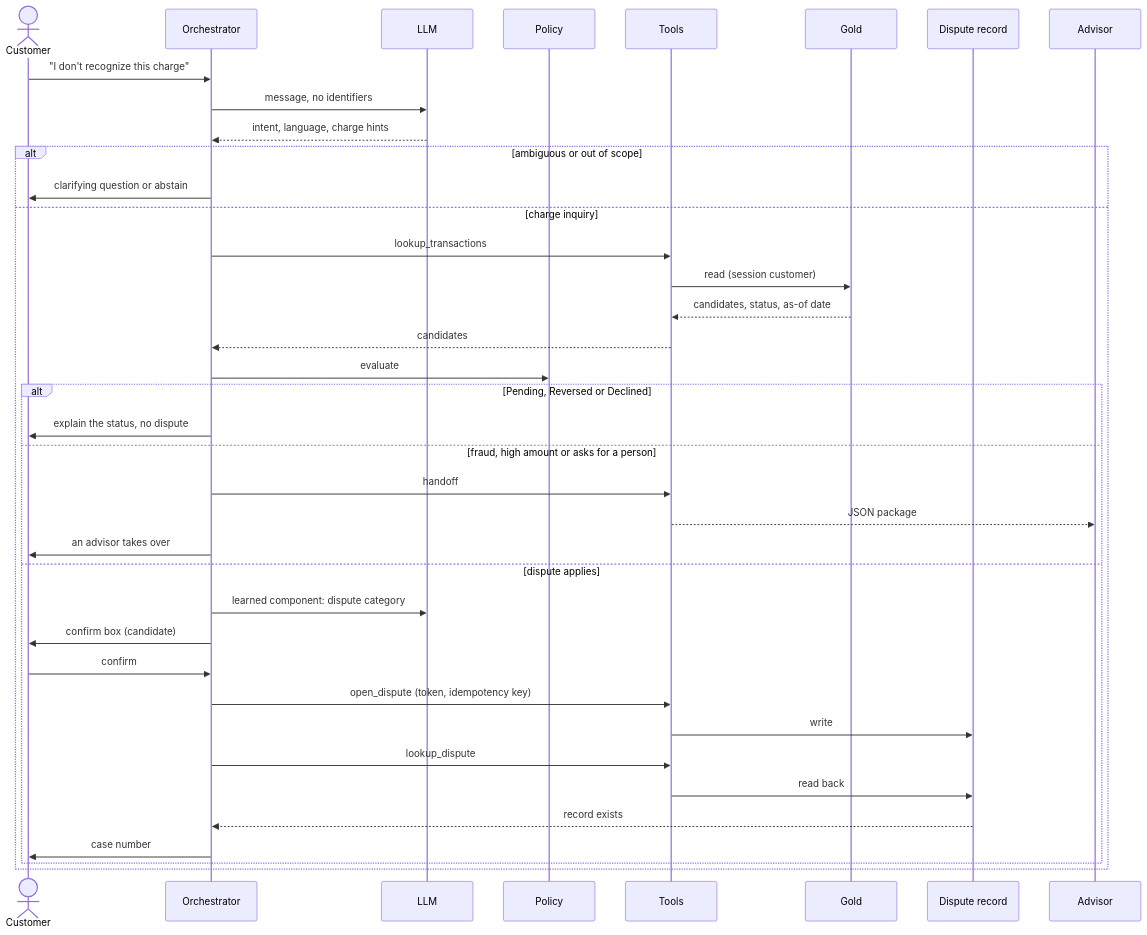
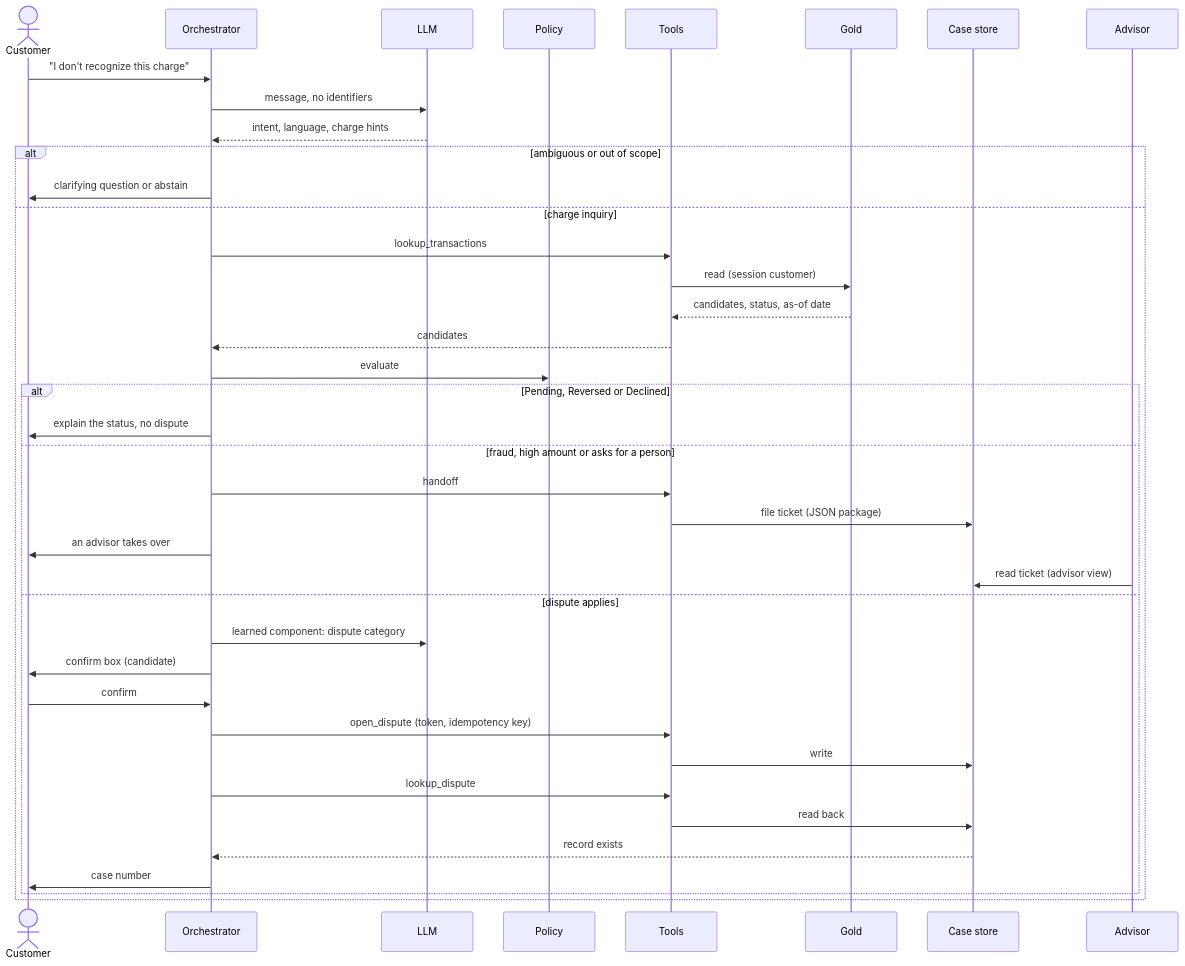
The third of 5 diagrams in docs/architecture/system-architecture.md (rdorta27/factored-hackathon-2026-sentinel-engine), drawn with Mermaid before and after one commit. The commit also changed other lines of this file and 8 other files, not shown here.

First line of the commit message:
docs: refresh requirement status, architecture, readme and team tasks

````diff
--- a/docs/architecture/system-architecture.md
+++ b/docs/architecture/system-architecture.md
@@ -101,41 +107,42 @@
 ```mermaid
 sequenceDiagram
     actor C as Customer
     participant O as Orchestrator
     participant L as LLM
     participant P as Policy
     participant T as Tools
     participant G as Gold
-    participant D as Dispute record
+    participant D as Case store
     participant A as Advisor
 
     C->>O: "I don't recognize this charge"
     O->>L: message, no identifiers
     L-->>O: intent, language, charge hints
     alt ambiguous or out of scope
         O->>C: clarifying question or abstain
     else charge inquiry
         O->>T: lookup_transactions
         T->>G: read (session customer)
         G-->>T: candidates, status, as-of date
         T-->>O: candidates
         O->>P: evaluate
         alt Pending, Reversed or Declined
             O->>C: explain the status, no dispute
         else fraud, high amount or asks for a person
             O->>T: handoff
-            T-->>A: JSON package
+            T->>D: file ticket (JSON package)
             O->>C: an advisor takes over
+            A->>D: read ticket (advisor view)
         else dispute applies
             O->>L: learned component: dispute category
             O->>C: confirm box (candidate)
             C->>O: confirm
             O->>T: open_dispute (token, idempotency key)
             T->>D: write
             O->>T: lookup_dispute
             T->>D: read back
             D-->>O: record exists
             O->>C: case number
         end
     end
 ```
````
